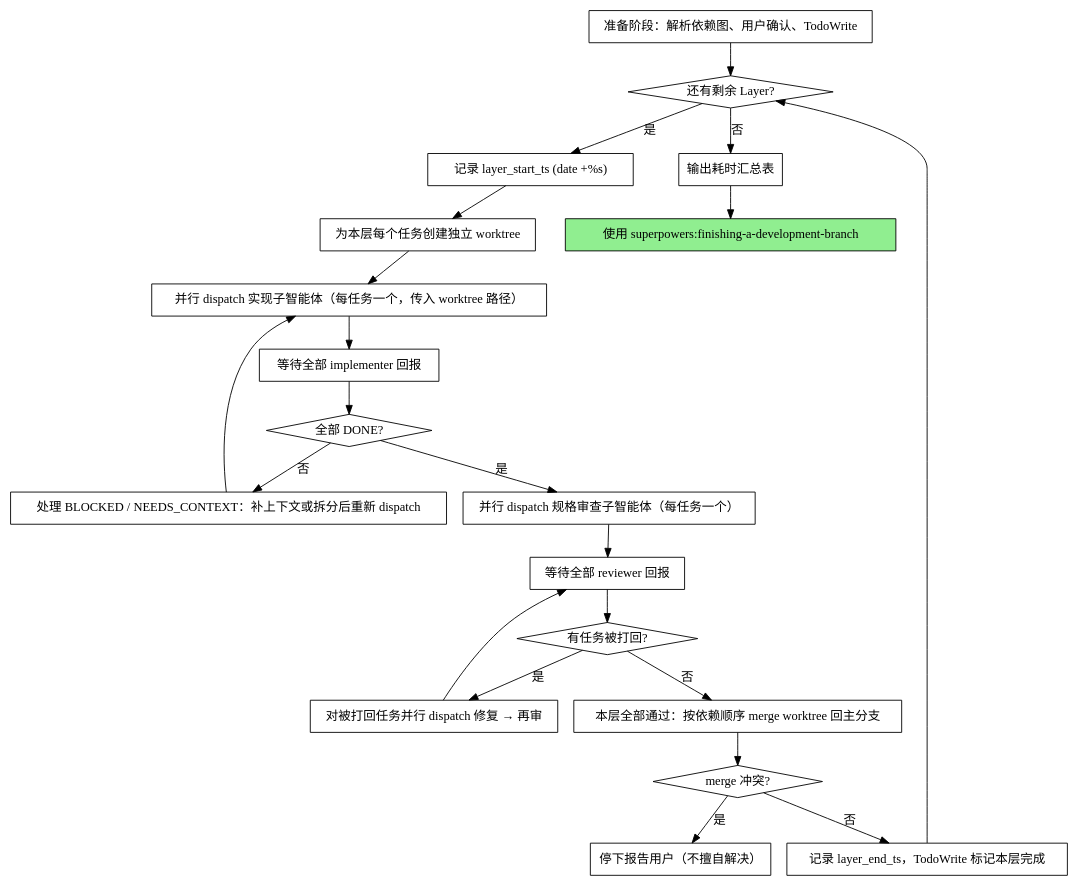
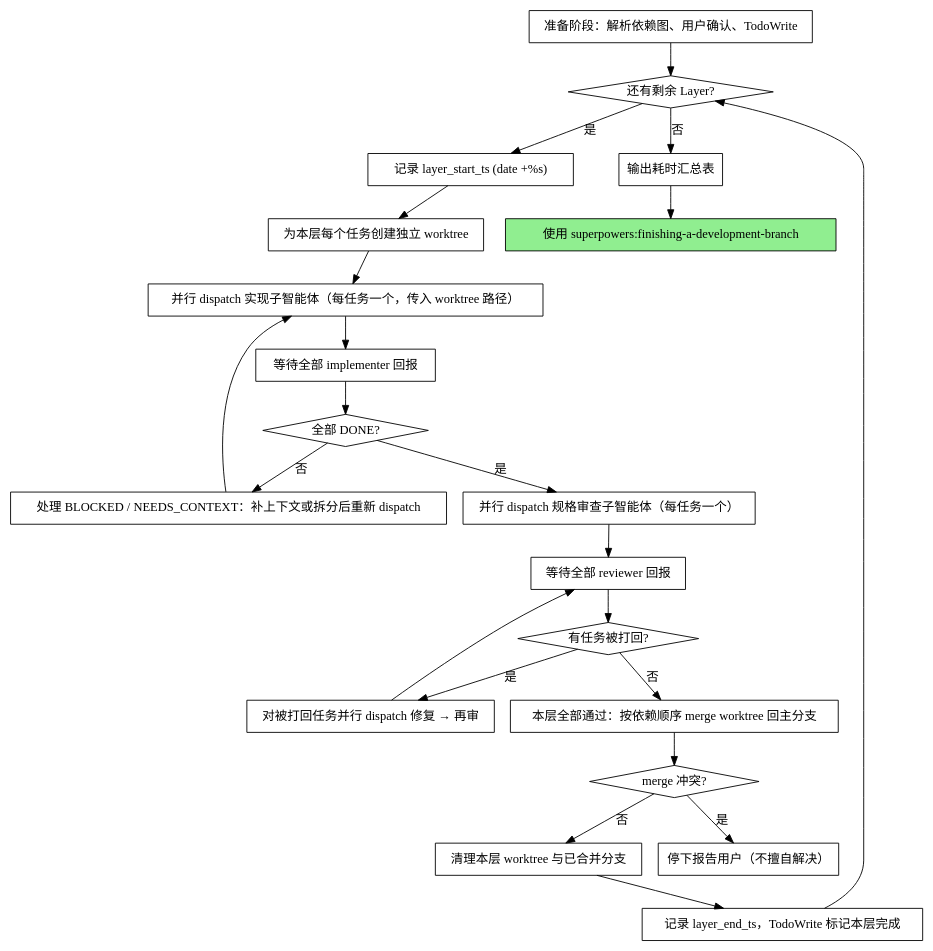
Before and after one commit to ikilobyte/superpowers-zh: the second of 2 diagrams in skills/subagent-driven-development/SKILL.md, drawn with Graphviz. The commit also changed other lines of this file and 2 other files, not shown here.

First line of the commit message:
feat: SDD 加固并行 dispatch 与 worktree 清理

````diff
--- a/skills/subagent-driven-development/SKILL.md
+++ b/skills/subagent-driven-development/SKILL.md
@@ -78,45 +78,47 @@
 ```dot
 digraph process {
     rankdir=TB;
 
     "准备阶段：解析依赖图、用户确认、TodoWrite" [shape=box];
     "还有剩余 Layer?" [shape=diamond];
     "记录 layer_start_ts (date +%s)" [shape=box];
     "为本层每个任务创建独立 worktree" [shape=box];
     "并行 dispatch 实现子智能体（每任务一个，传入 worktree 路径）" [shape=box];
     "等待全部 implementer 回报" [shape=box];
     "全部 DONE?" [shape=diamond];
     "处理 BLOCKED / NEEDS_CONTEXT：补上下文或拆分后重新 dispatch" [shape=box];
     "并行 dispatch 规格审查子智能体（每任务一个）" [shape=box];
     "等待全部 reviewer 回报" [shape=box];
     "有任务被打回?" [shape=diamond];
     "对被打回任务并行 dispatch 修复 → 再审" [shape=box];
     "本层全部通过：按依赖顺序 merge worktree 回主分支" [shape=box];
     "merge 冲突?" [shape=diamond];
     "停下报告用户（不擅自解决）" [shape=box];
+    "清理本层 worktree 与已合并分支" [shape=box];
     "记录 layer_end_ts，TodoWrite 标记本层完成" [shape=box];
     "输出耗时汇总表" [shape=box];
     "使用 superpowers:finishing-a-development-branch" [shape=box style=filled fillcolor=lightgreen];
 
     "准备阶段：解析依赖图、用户确认、TodoWrite" -> "还有剩余 Layer?";
     "还有剩余 Layer?" -> "记录 layer_start_ts (date +%s)" [label="是"];
     "记录 layer_start_ts (date +%s)" -> "为本层每个任务创建独立 worktree";
     "为本层每个任务创建独立 worktree" -> "并行 dispatch 实现子智能体（每任务一个，传入 worktree 路径）";
     "并行 dispatch 实现子智能体（每任务一个，传入 worktree 路径）" -> "等待全部 implementer 回报";
     "等待全部 implementer 回报" -> "全部 DONE?";
     "全部 DONE?" -> "处理 BLOCKED / NEEDS_CONTEXT：补上下文或拆分后重新 dispatch" [label="否"];
     "处理 BLOCKED / NEEDS_CONTEXT：补上下文或拆分后重新 dispatch" -> "并行 dispatch 实现子智能体（每任务一个，传入 worktree 路径）";
     "全部 DONE?" -> "并行 dispatch 规格审查子智能体（每任务一个）" [label="是"];
     "并行 dispatch 规格审查子智能体（每任务一个）" -> "等待全部 reviewer 回报";
     "等待全部 reviewer 回报" -> "有任务被打回?";
     "有任务被打回?" -> "对被打回任务并行 dispatch 修复 → 再审" [label="是"];
     "对被打回任务并行 dispatch 修复 → 再审" -> "等待全部 reviewer 回报";
     "有任务被打回?" -> "本层全部通过：按依赖顺序 merge worktree 回主分支" [label="否"];
     "本层全部通过：按依赖顺序 merge worktree 回主分支" -> "merge 冲突?";
     "merge 冲突?" -> "停下报告用户（不擅自解决）" [label="是"];
-    "merge 冲突?" -> "记录 layer_end_ts，TodoWrite 标记本层完成" [label="否"];
+    "merge 冲突?" -> "清理本层 worktree 与已合并分支" [label="否"];
+    "清理本层 worktree 与已合并分支" -> "记录 layer_end_ts，TodoWrite 标记本层完成";
     "记录 layer_end_ts，TodoWrite 标记本层完成" -> "还有剩余 Layer?";
     "还有剩余 Layer?" -> "输出耗时汇总表" [label="否"];
     "输出耗时汇总表" -> "使用 superpowers:finishing-a-development-branch";
 }
 ```
````
